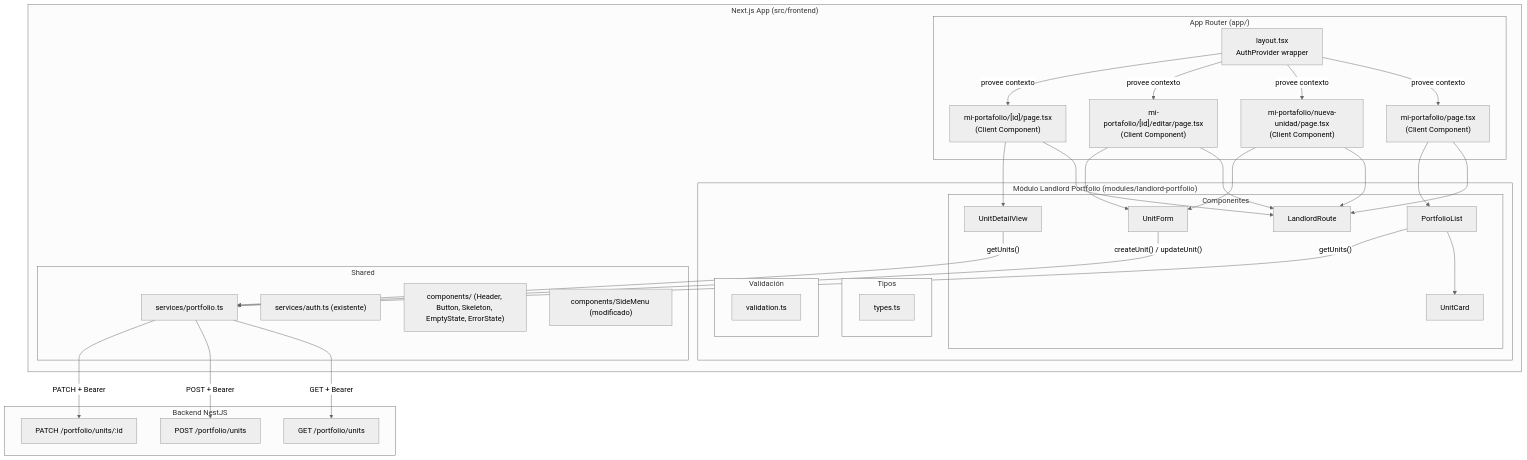
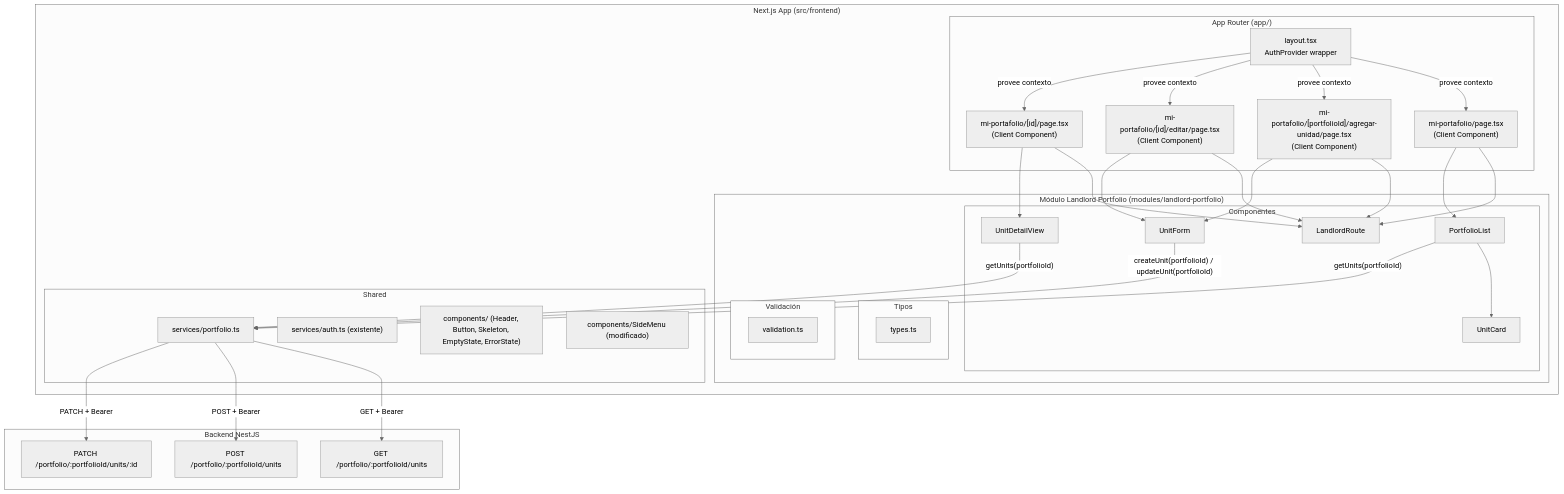
One commit to JAVegaG/PuenteHogar changed the first of 4 diagrams in .kiro/specs/landlord-portfolio-frontend/design.md. Above: the diagram before and after it, drawn with Mermaid (neutral theme). The commit also changed other lines of this file and 7 other files, not shown here.

````diff
--- a/.kiro/specs/landlord-portfolio-frontend/design.md
+++ b/.kiro/specs/landlord-portfolio-frontend/design.md
@@ -31,64 +31,64 @@
 ```mermaid
 graph TB
     subgraph "Next.js App (src/frontend)"
         subgraph "App Router (app/)"
             Layout["layout.tsx<br/>AuthProvider wrapper"]
             PortfolioPage["mi-portafolio/page.tsx<br/>(Client Component)"]
-            NewUnitPage["mi-portafolio/nueva-unidad/page.tsx<br/>(Client Component)"]
+            NewUnitPage["mi-portafolio/[portfolioId]/agregar-unidad/page.tsx<br/>(Client Component)"]
             EditUnitPage["mi-portafolio/[id]/editar/page.tsx<br/>(Client Component)"]
             DetailPage["mi-portafolio/[id]/page.tsx<br/>(Client Component)"]
         end
 
         subgraph "Módulo Landlord Portfolio (modules/landlord-portfolio)"
             subgraph "Componentes"
                 LandlordRoute["LandlordRoute"]
                 PortfolioList["PortfolioList"]
                 UnitCard["UnitCard"]
                 UnitForm["UnitForm"]
                 UnitDetail["UnitDetailView"]
             end
             subgraph "Tipos"
                 PortfolioTypes["types.ts"]
             end
             subgraph "Validación"
                 PortfolioValidation["validation.ts"]
             end
         end
 
         subgraph "Shared"
             PortfolioService["services/portfolio.ts"]
             AuthService["services/auth.ts (existente)"]
             SharedUI["components/ (Header, Button, Skeleton, EmptyState, ErrorState)"]
             SideMenu["components/SideMenu (modificado)"]
         end
     end
 
     subgraph "Backend NestJS"
-        GetUnits["GET /portfolio/units"]
-        CreateUnit["POST /portfolio/units"]
-        UpdateUnit["PATCH /portfolio/units/:id"]
+        GetUnits["GET /portfolio/:portfolioId/units"]
+        CreateUnit["POST /portfolio/:portfolioId/units"]
+        UpdateUnit["PATCH /portfolio/:portfolioId/units/:id"]
     end
 
     PortfolioPage --> LandlordRoute
     PortfolioPage --> PortfolioList
     PortfolioList --> UnitCard
     NewUnitPage --> LandlordRoute
     NewUnitPage --> UnitForm
     EditUnitPage --> LandlordRoute
     EditUnitPage --> UnitForm
     DetailPage --> LandlordRoute
     DetailPage --> UnitDetail
 
-    PortfolioList -->|"getUnits()"| PortfolioService
-    UnitForm -->|"createUnit() / updateUnit()"| PortfolioService
-    UnitDetail -->|"getUnits()"| PortfolioService
+    PortfolioList -->|"getUnits(portfolioId)"| PortfolioService
+    UnitForm -->|"createUnit(portfolioId) / updateUnit(portfolioId)"| PortfolioService
+    UnitDetail -->|"getUnits(portfolioId)"| PortfolioService
 
     PortfolioService -->|"GET + Bearer"| GetUnits
     PortfolioService -->|"POST + Bearer"| CreateUnit
     PortfolioService -->|"PATCH + Bearer"| UpdateUnit
 
     Layout -->|"provee contexto"| PortfolioPage
     Layout -->|"provee contexto"| NewUnitPage
     Layout -->|"provee contexto"| EditUnitPage
     Layout -->|"provee contexto"| DetailPage
 ```
````
